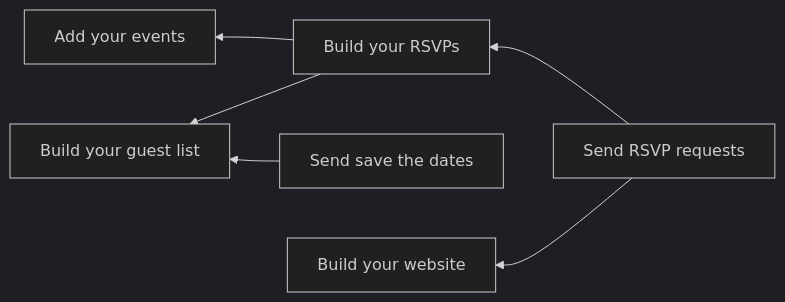
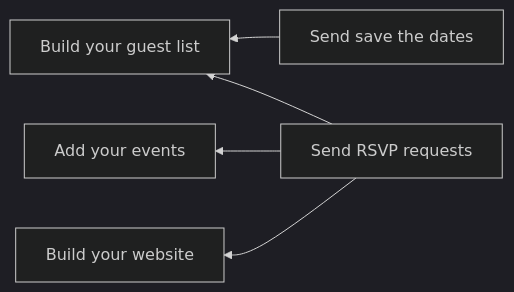
The first of 4 diagrams in docs/product/vision.md (willgardner9/dearest.rsvp-api), drawn with Mermaid (dark theme) before and after one commit. The commit also changed other lines of this file and 1 other file, not shown here.

First line of the commit message:
docs: merge the RSVP setup into events and the guest list

````diff
--- a/docs/product/vision.md
+++ b/docs/product/vision.md
@@ -38,8 +40,7 @@
 ```mermaid
 flowchart RL
-    rsvps[Build your RSVPs] --> events[Add your events]
-    rsvps --> guests[Build your guest list]
-    std[Send save the dates] --> guests
-    requests[Send RSVP requests] --> rsvps
+    std[Send save the dates] --> guests[Build your guest list]
+    requests[Send RSVP requests] --> events[Add your events]
+    requests --> guests
     requests --> website[Build your website]
 ```
````
